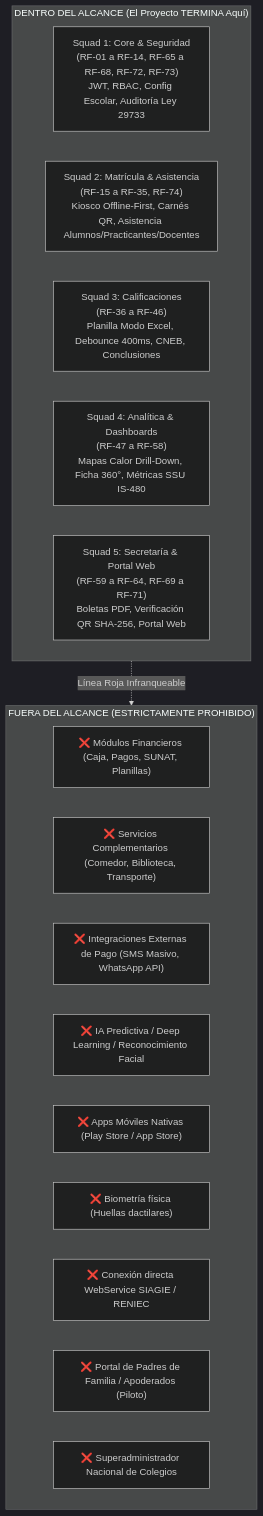
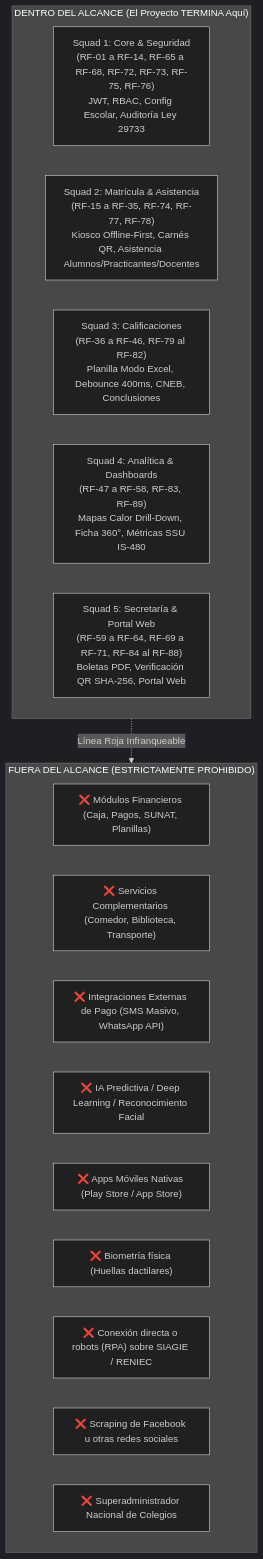
Before and after one commit to Eduardo-Sebastian-Paipay-Vega/school-management-system: the diagram in D - Base 1 - 01092026/Fase 2/limites_y_alcance_proyecto.md, drawn with Mermaid (dark theme). The commit also changed other lines of this file and 126 other files, not shown here.

````diff
--- a/D - Base 1 - 01092026/Fase 2/limites_y_alcance_proyecto.md
+++ b/D - Base 1 - 01092026/Fase 2/limites_y_alcance_proyecto.md
@@ -24,24 +24,24 @@
 ```mermaid
 graph TD
     subgraph IN_SCOPE["DENTRO DEL ALCANCE (El Proyecto TERMINA Aquí)"]
-        S1["Squad 1: Core & Seguridad<br>(RF-01 a RF-14, RF-65 a RF-68, RF-72, RF-73)<br>JWT, RBAC, Config Escolar, Auditoría Ley 29733"]
-        S2["Squad 2: Matrícula & Asistencia<br>(RF-15 a RF-35, RF-74)<br>Kiosco Offline-First, Carnés QR, Asistencia Alumnos/Practicantes/Docentes"]
-        S3["Squad 3: Calificaciones<br>(RF-36 a RF-46)<br>Planilla Modo Excel, Debounce 400ms, CNEB, Conclusiones"]
-        S4["Squad 4: Analítica & Dashboards<br>(RF-47 a RF-58)<br>Mapas Calor Drill-Down, Ficha 360°, Métricas SSU IS-480"]
-        S5["Squad 5: Secretaría & Portal Web<br>(RF-59 a RF-64, RF-69 a RF-71)<br>Boletas PDF, Verificación QR SHA-256, Portal Web"]
+        S1["Squad 1: Core & Seguridad<br>(RF-01 a RF-14, RF-65 a RF-68, RF-72, RF-73, RF-75, RF-76)<br>JWT, RBAC, Config Escolar, Auditoría Ley 29733"]
+        S2["Squad 2: Matrícula & Asistencia<br>(RF-15 a RF-35, RF-74, RF-77, RF-78)<br>Kiosco Offline-First, Carnés QR, Asistencia Alumnos/Practicantes/Docentes"]
+        S3["Squad 3: Calificaciones<br>(RF-36 a RF-46, RF-79 al RF-82)<br>Planilla Modo Excel, Debounce 400ms, CNEB, Conclusiones"]
+        S4["Squad 4: Analítica & Dashboards<br>(RF-47 a RF-58, RF-83, RF-89)<br>Mapas Calor Drill-Down, Ficha 360°, Métricas SSU IS-480"]
+        S5["Squad 5: Secretaría & Portal Web<br>(RF-59 a RF-64, RF-69 a RF-71, RF-84 al RF-88)<br>Boletas PDF, Verificación QR SHA-256, Portal Web"]
     end
 
     subgraph OUT_OF_SCOPE["FUERA DEL ALCANCE (ESTRICTAMENTE PROHIBIDO)"]
         O1["❌ Módulos Financieros (Caja, Pagos, SUNAT, Planillas)"]
         O2["❌ Servicios Complementarios (Comedor, Biblioteca, Transporte)"]
         O3["❌ Integraciones Externas de Pago (SMS Masivo, WhatsApp API)"]
         O4["❌ IA Predictiva / Deep Learning / Reconocimiento Facial"]
         O5["❌ Apps Móviles Nativas (Play Store / App Store)"]
         O6["❌ Biometría física (Huellas dactilares)"]
-        O7["❌ Conexión directa WebService SIAGIE / RENIEC"]
-        O8["❌ Portal de Padres de Familia / Apoderados (Piloto)"]
+        O7["❌ Conexión directa o robots (RPA) sobre SIAGIE / RENIEC"]
+        O8["❌ Scraping de Facebook u otras redes sociales"]
         O9["❌ Superadministrador Nacional de Colegios"]
     end
 
     IN_SCOPE -.->|"Línea Roja Infranqueable"| OUT_OF_SCOPE
 ```
````
